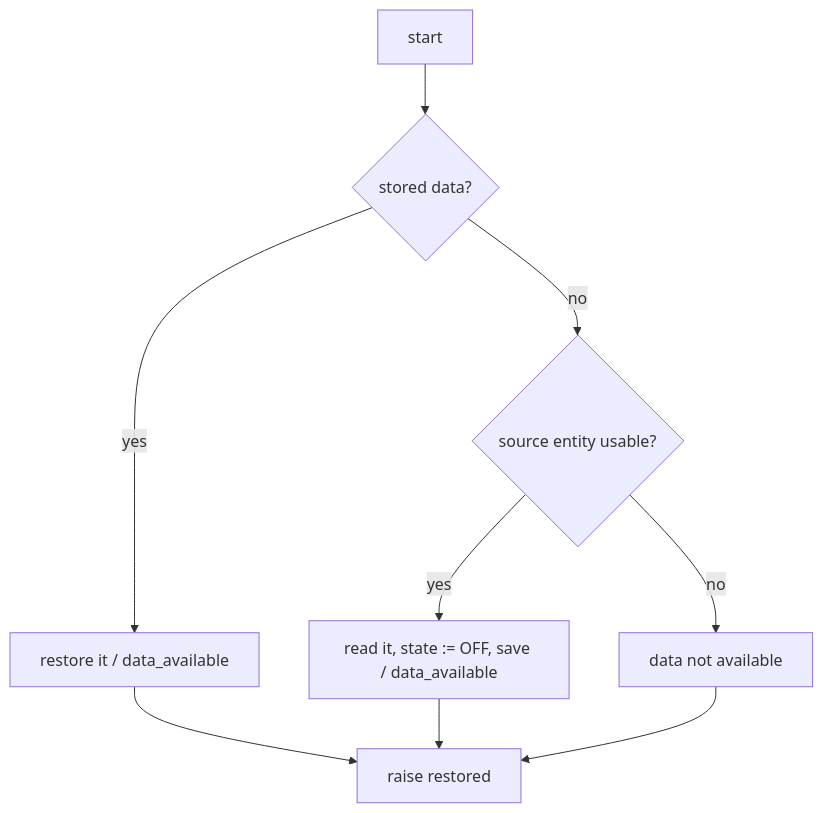
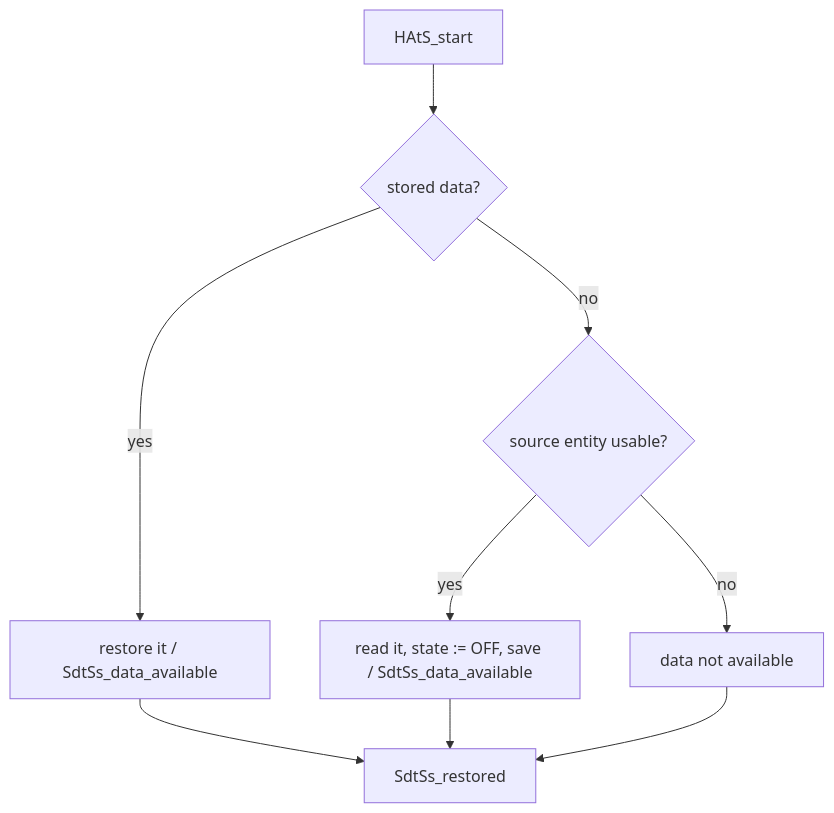
The second of 12 diagrams in SPEC.md (marsoupilami25/adaptative-climate), drawn with Mermaid before and after one commit. The commit also changed other lines of this file, not shown here.

````diff
--- a/SPEC.md
+++ b/SPEC.md
@@ -277,11 +325,11 @@
 ```mermaid
 flowchart TD
-    S[start] --> A{stored data?}
-    A -- yes --> R[restore it / data_available]
+    S[HAtS_start] --> A{stored data?}
+    A -- yes --> R[restore it / SdtSs_data_available]
     A -- no --> B{source entity usable?}
-    B -- yes --> C[read it, state := OFF, save / data_available]
+    B -- yes --> C[read it, state := OFF, save / SdtSs_data_available]
     B -- no --> D[data not available]
-    R --> E[raise restored]
+    R --> E[SdtSs_restored]
     C --> E
     D --> E
 ```
````
